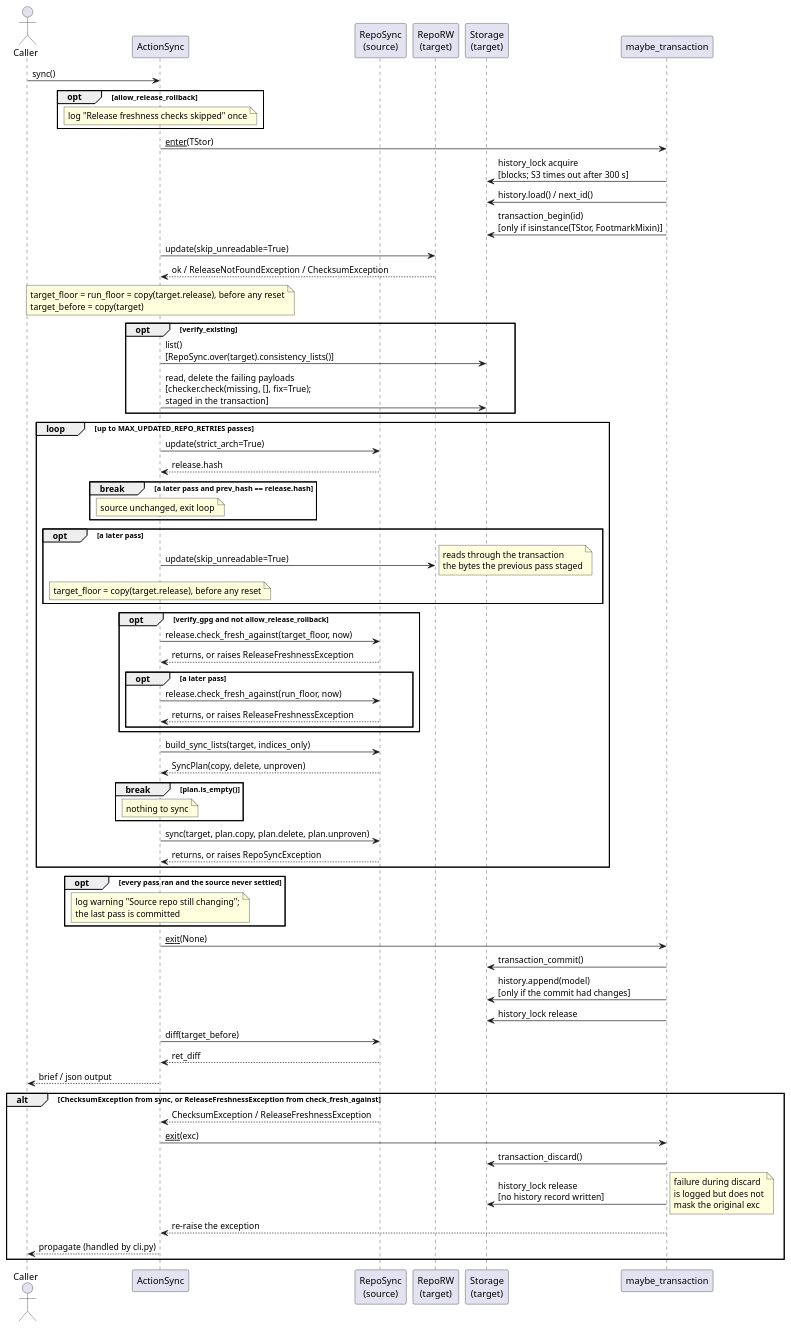
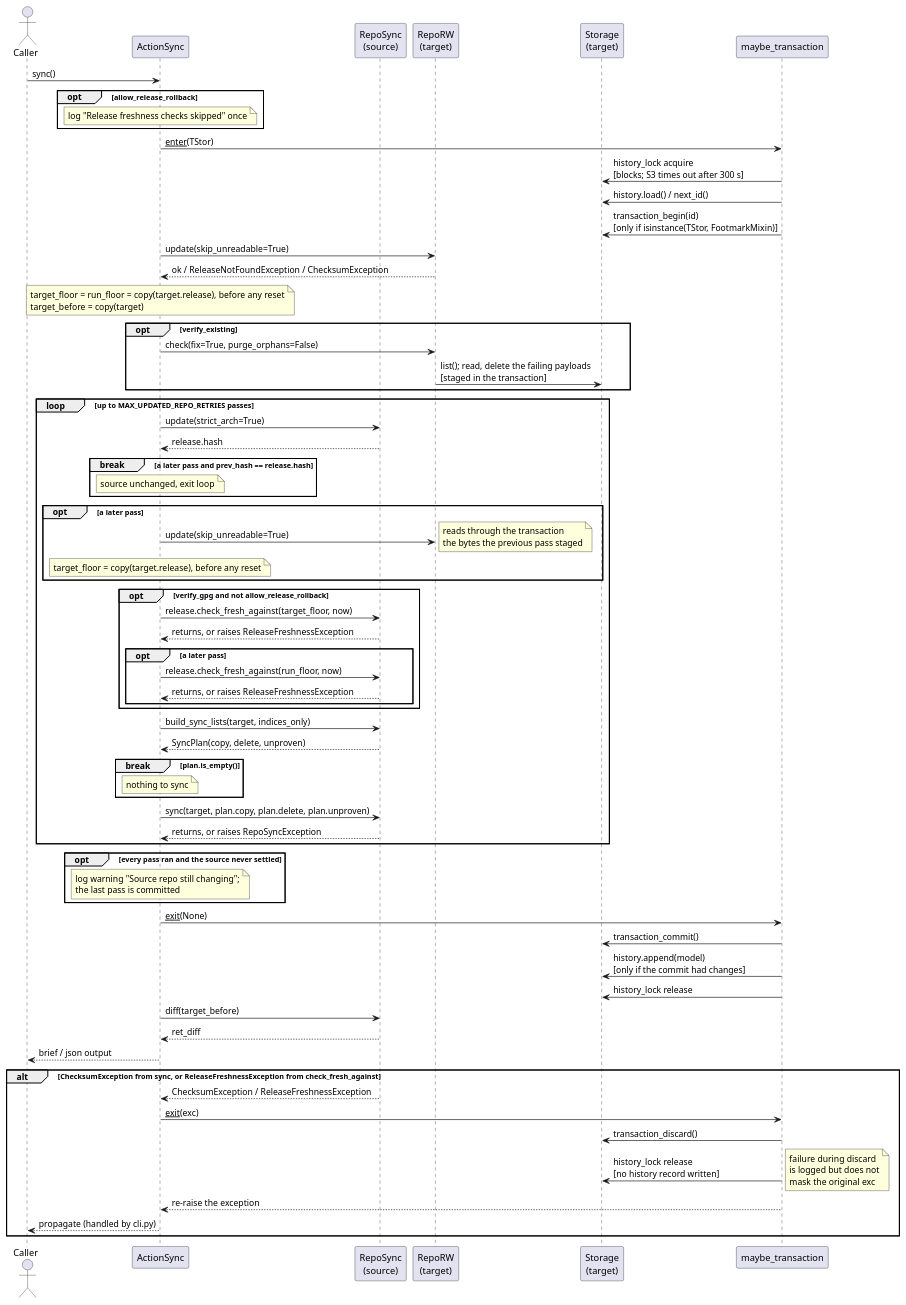
The diagram in docs/development/diagrams/action-sync-sequence.puml (vinklat/debkit), drawn with PlantUML before and after one commit. The commit also changed 47 other files, not shown here.

```diff
--- a/docs/development/diagrams/action-sync-sequence.puml
+++ b/docs/development/diagrams/action-sync-sequence.puml
@@ -1,83 +1,83 @@
 @startuml
 actor Caller
 participant ActionSync
 participant "RepoSync\n(source)" as Src
 participant "RepoRW\n(target)" as Tgt
 participant "Storage\n(target)" as TStor
 participant "maybe_transaction" as CM
 
 Caller -> ActionSync: sync()
 
 opt allow_release_rollback
   note over ActionSync: log "Release freshness checks skipped" once
 end
 
 ActionSync -> CM: __enter__(TStor)
 CM -> TStor: history_lock acquire\n[blocks; S3 times out after 300 s]
 CM -> TStor: history.load() / next_id()
 CM -> TStor: transaction_begin(id)\n[only if isinstance(TStor, FootmarkMixin)]
 
 ActionSync -> Tgt: update(skip_unreadable=True)
 Tgt --> ActionSync: ok / ReleaseNotFoundException / ChecksumException
 note over ActionSync: target_floor = run_floor = copy(target.release), before any reset\ntarget_before = copy(target)
 
 opt verify_existing
-  ActionSync -> TStor: list()\n[RepoSync.over(target).consistency_lists()]
-  ActionSync -> TStor: read, delete the failing payloads\n[checker.check(missing, [], fix=True);\nstaged in the transaction]
+  ActionSync -> Tgt: check(fix=True, purge_orphans=False)
+  Tgt -> TStor: list(); read, delete the failing payloads\n[staged in the transaction]
 end
 
 loop up to MAX_UPDATED_REPO_RETRIES passes
   ActionSync -> Src: update(strict_arch=True)
   Src --> ActionSync: release.hash
   break a later pass and prev_hash == release.hash
     note over ActionSync: source unchanged, exit loop
   end
 
   opt a later pass
     ActionSync -> Tgt: update(skip_unreadable=True)
     note right: reads through the transaction\nthe bytes the previous pass staged
     note over ActionSync: target_floor = copy(target.release), before any reset
   end
 
   opt verify_gpg and not allow_release_rollback
     ActionSync -> Src: release.check_fresh_against(target_floor, now)
     Src --> ActionSync: returns, or raises ReleaseFreshnessException
     opt a later pass
       ActionSync -> Src: release.check_fresh_against(run_floor, now)
       Src --> ActionSync: returns, or raises ReleaseFreshnessException
     end
   end
 
   ActionSync -> Src: build_sync_lists(target, indices_only)
   Src --> ActionSync: SyncPlan(copy, delete, unproven)
   break plan.is_empty()
     note over ActionSync: nothing to sync
   end
 
   ActionSync -> Src: sync(target, plan.copy, plan.delete, plan.unproven)
   Src --> ActionSync: returns, or raises RepoSyncException
 end
 
 opt every pass ran and the source never settled
   note over ActionSync: log warning "Source repo still changing";\nthe last pass is committed
 end
 
 ActionSync -> CM: __exit__(None)
 CM -> TStor: transaction_commit()
 CM -> TStor: history.append(model)\n[only if the commit had changes]
 CM -> TStor: history_lock release
 
 ActionSync -> Src: diff(target_before)
 Src --> ActionSync: ret_diff
 ActionSync --> Caller: brief / json output
 
 alt ChecksumException from sync, or ReleaseFreshnessException from check_fresh_against
   Src --> ActionSync: ChecksumException / ReleaseFreshnessException
   ActionSync -> CM: __exit__(exc)
   CM -> TStor: transaction_discard()
   CM -> TStor: history_lock release\n[no history record written]
   note right: failure during discard\nis logged but does not\nmask the original exc
   CM --> ActionSync: re-raise the exception
   ActionSync --> Caller: propagate (handled by cli.py)
 end
 @enduml
```
